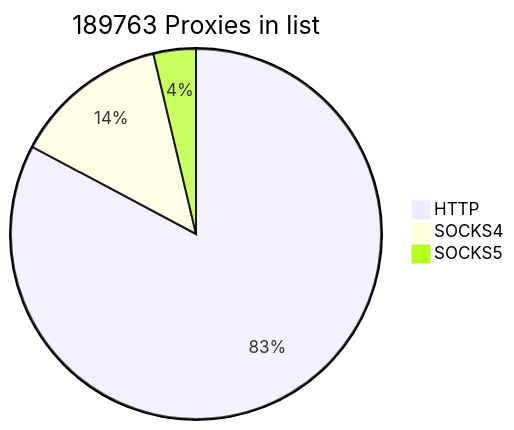
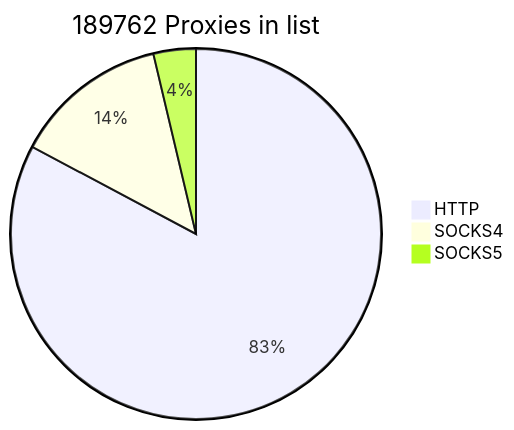
The first of 2 diagrams in README.md (cutipu/proxylist), drawn with Mermaid before and after one commit. The commit also changed other lines of this file, not shown here.

````diff
--- a/README.md
+++ b/README.md
@@ -2,7 +2,7 @@
 ```mermaid
-pie title 189763 Proxies in list
+pie title 189762 Proxies in list
     "HTTP" : 157099
     "SOCKS4" : 25643
-    "SOCKS5" : 7021
+    "SOCKS5" : 7020
             
 ```
````
